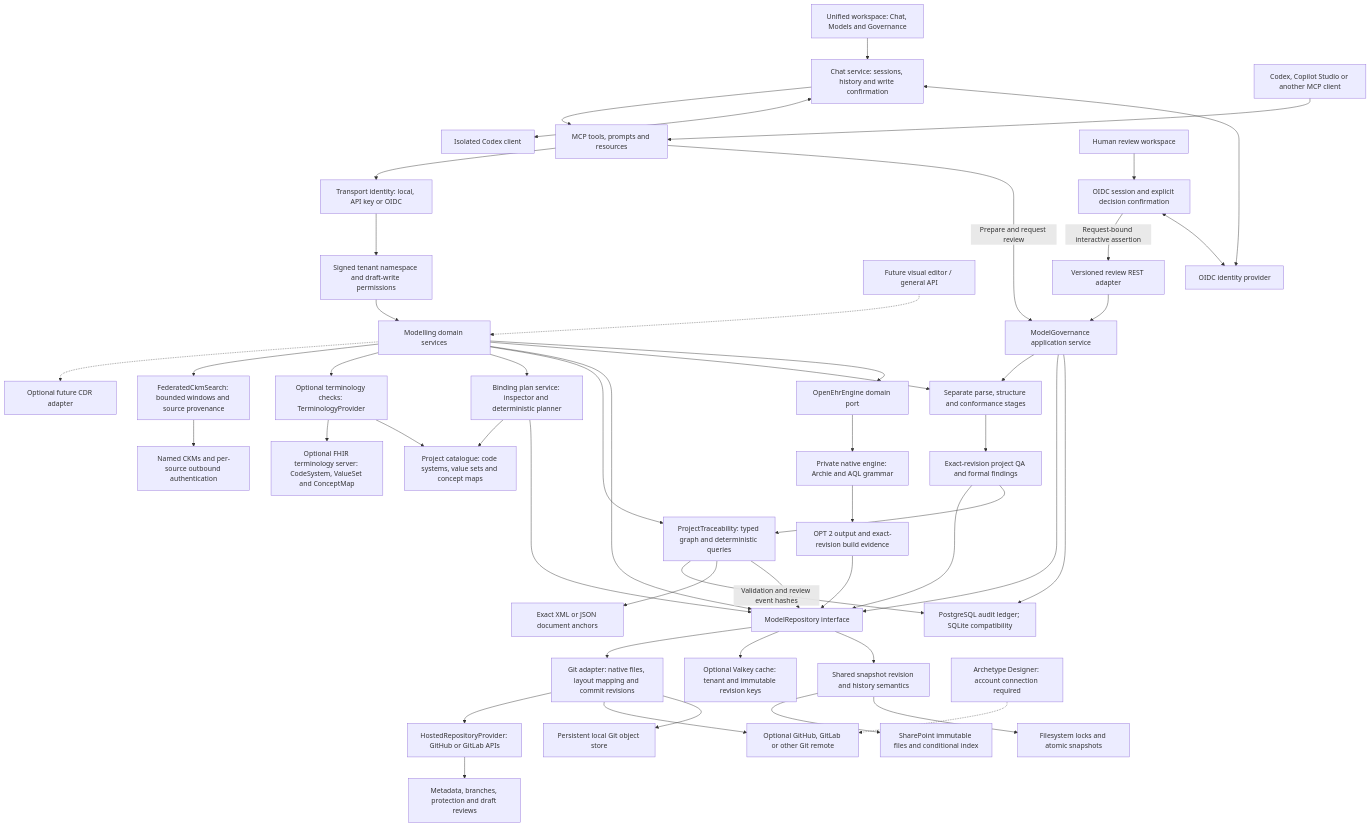
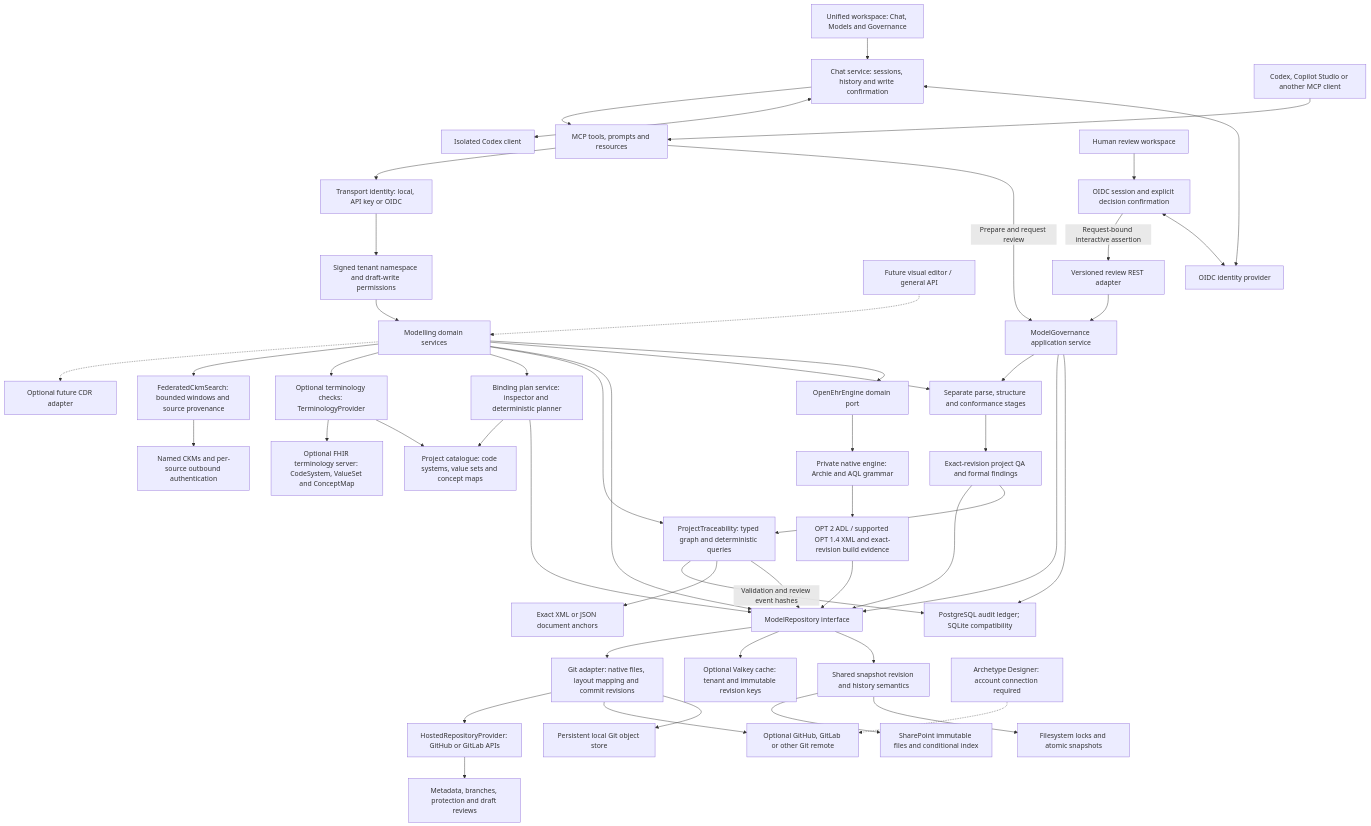
Before and after one commit to CzarMich/openehr-modelling-assistant: the diagram in docs/ARCHITECTURE.md, drawn with Mermaid. The commit also changed other lines of this file and 69 other files, not shown here.

Commit message:
feat(engine): compile supported legacy OET into OPT 1.4

````diff
--- a/docs/ARCHITECTURE.md
+++ b/docs/ARCHITECTURE.md
@@ -5,52 +5,52 @@
 ```mermaid
 flowchart TB
     Browser[Unified workspace: Chat, Models and Governance] --> Chat[Chat service: sessions, history and write confirmation]
     Chat <--> Identity[OIDC identity provider]
     Chat <--> Codex[Isolated Codex client]
     Chat --> MCP[MCP tools, prompts and resources]
     AI[Codex, Copilot Studio or another MCP client] --> MCP[MCP tools, prompts and resources]
     UI[Future visual editor / general API] -.-> Core[Modelling domain services]
     Human[Human review workspace] --> BFF[OIDC session and explicit decision confirmation]
     BFF <--> Identity
     BFF -->|Request-bound interactive assertion| REST[Versioned review REST adapter]
     REST --> Governance[ModelGovernance application service]
     MCP -->|Prepare and request review| Governance
     Governance --> Ledger[PostgreSQL audit ledger; SQLite compatibility]
     Governance --> Repository
     Governance --> Validation
     MCP --> Auth[Transport identity: local, API key or OIDC]
     Auth --> Scope[Signed tenant namespace and draft-write permissions]
     Scope --> Core
     Core --> EnginePort[OpenEhrEngine domain port]
     EnginePort --> Engine[Private native engine: Archie and AQL grammar]
-    Engine --> Builds[OPT 2 output and exact-revision build evidence]
+    Engine --> Builds[OPT 2 ADL / supported OPT 1.4 XML and exact-revision build evidence]
     Builds --> Repository
     Core --> Validation[Separate parse, structure and conformance stages]
     Validation --> Quality[Exact-revision project QA and formal findings]
     Quality --> Trace
     Quality --> Repository
     Core --> Repository[ModelRepository interface]
     Core --> Trace[ProjectTraceability: typed graph and deterministic queries]
     Trace --> Repository
     Trace --> Anchors[Exact XML or JSON document anchors]
     Trace -->|Validation and review event hashes| Ledger
     Repository --> Snap[Shared snapshot revision and history semantics]
     Repository --> Cache[Optional Valkey cache: tenant and immutable revision keys]
     Snap --> FS[Filesystem locks and atomic snapshots]
     Snap --> SP[SharePoint immutable files and conditional index]
     Repository --> Git[Git adapter: native files, layout mapping and commit revisions]
     Git --> Objects[Persistent local Git object store]
     Git --> Remote[Optional GitHub, GitLab or other Git remote]
     Git --> Hosting[HostedRepositoryProvider: GitHub or GitLab APIs]
     Hosting --> Reviews[Metadata, branches, protection and draft reviews]
     Designer[Archetype Designer: account connection required] -.-> Remote
     Core --> Plans[Binding plan service: inspector and deterministic planner]
     Plans --> Repository
     Plans --> Local
     Core --> Terms[Optional terminology checks: TerminologyProvider]
     Terms --> Local[Project catalogue: code systems, value sets and concept maps]
     Terms --> FHIR[Optional FHIR terminology server: CodeSystem, ValueSet and ConceptMap]
     Core --> Federation[FederatedCkmSearch: bounded windows and source provenance]
     Federation --> CKM[Named CKMs and per-source outbound authentication]
     Core -.-> CDR[Optional future CDR adapter]
 ```
````
